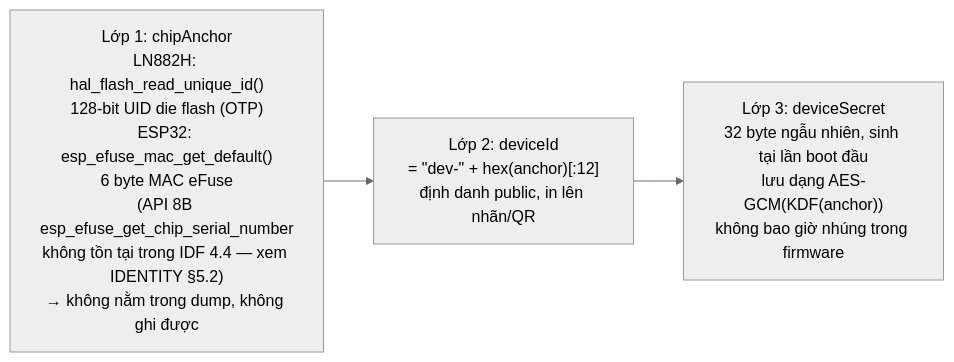
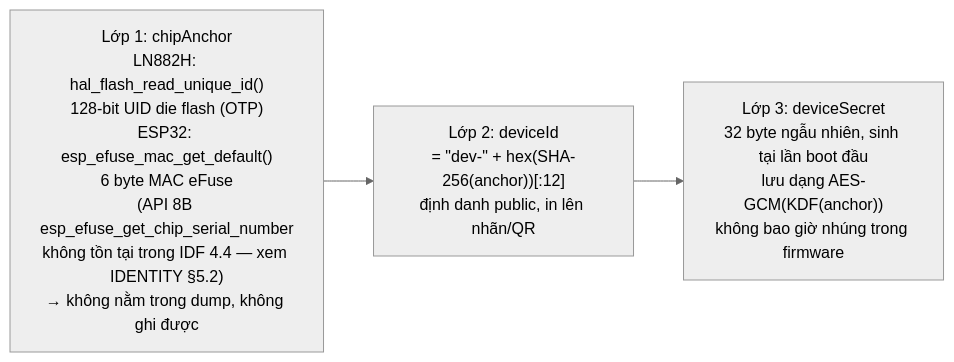
The second of 7 diagrams in docs/ECOSYSTEM_PLAN.md (nndai/smart-home-platform), drawn with Mermaid (neutral theme) before and after one commit. The commit also changed other lines of this file and 1 other file, not shown here.

Commit message:
docs: deviceId = SHA-256(anchor), credential shared device-family, envelope HMAC co cmd

````diff
--- a/docs/ECOSYSTEM_PLAN.md
+++ b/docs/ECOSYSTEM_PLAN.md
@@ -42,6 +42,6 @@
 ```mermaid
 graph LR
     A["Lớp 1: chipAnchor<br/>LN882H: hal_flash_read_unique_id()<br/>128-bit UID die flash (OTP)<br/>ESP32: esp_efuse_mac_get_default()<br/>6 byte MAC eFuse<br/>(API 8B esp_efuse_get_chip_serial_number<br/>không tồn tại trong IDF 4.4 — xem IDENTITY §5.2)<br/>→ không nằm trong dump, không ghi được"] --> B
-    B["Lớp 2: deviceId<br/>= &quot;dev-&quot; + hex(anchor)[:12]<br/>định danh public, in lên nhãn/QR"] --> C
+    B["Lớp 2: deviceId<br/>= &quot;dev-&quot; + hex(SHA-256(anchor))[:12]<br/>định danh public, in lên nhãn/QR"] --> C
     C["Lớp 3: deviceSecret<br/>32 byte ngẫu nhiên, sinh tại lần boot đầu<br/>lưu dạng AES-GCM(KDF(anchor))<br/>không bao giờ nhúng trong firmware"]
 ```
````
